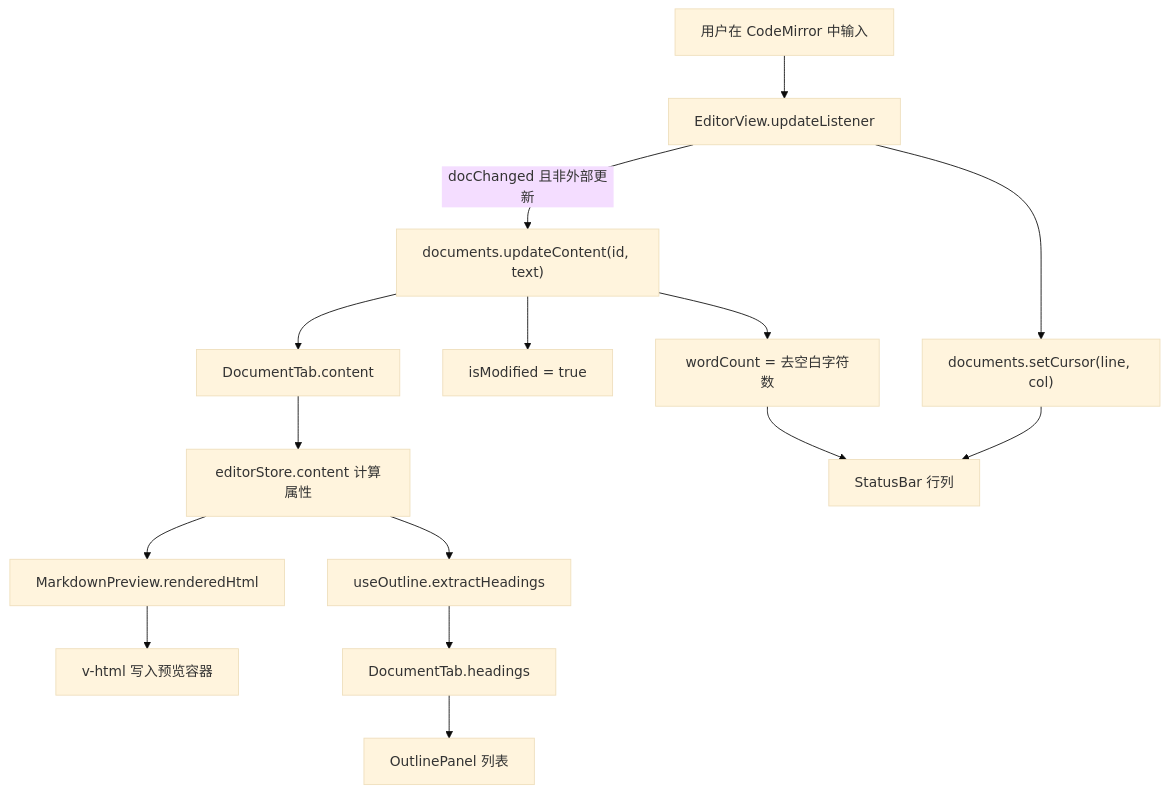
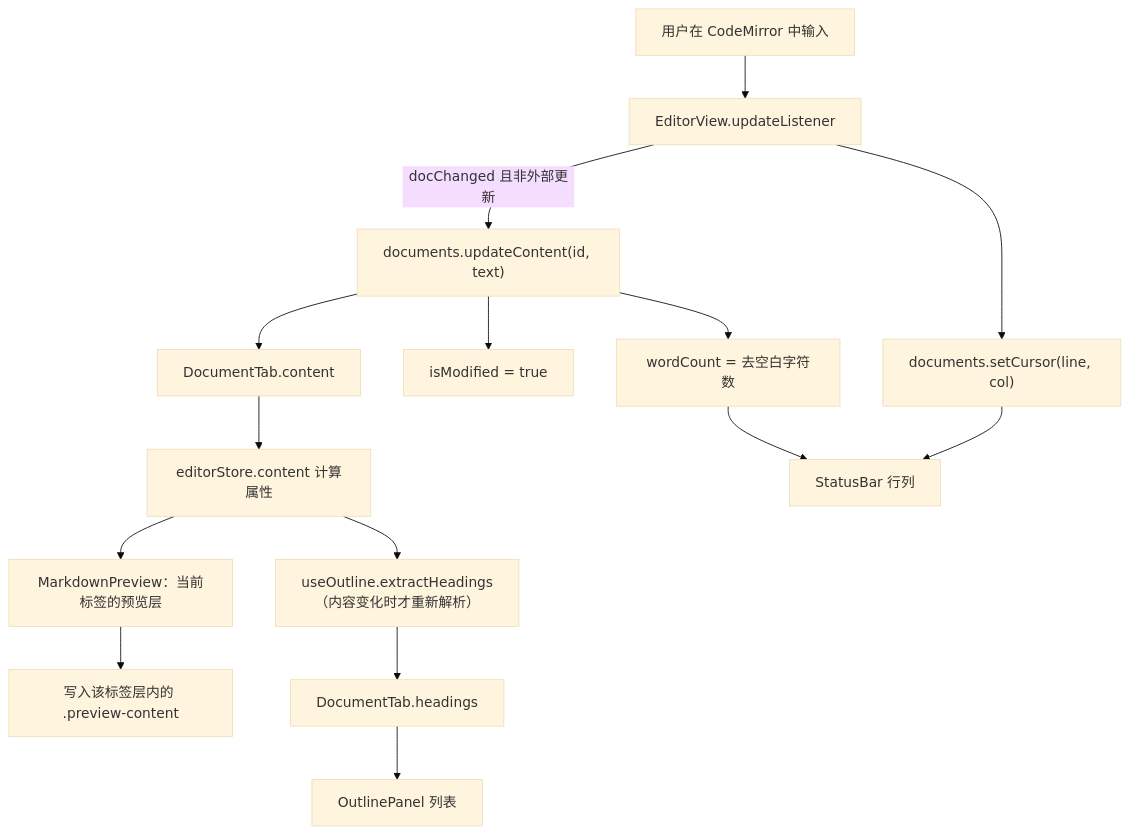
The second of 5 diagrams in docs/编辑器与预览.md (Harley-xk/mark-it), drawn with Mermaid (base theme) before and after one commit. The commit also changed other lines of this file and 11 other files, not shown here.

````diff
--- a/docs/编辑器与预览.md
+++ b/docs/编辑器与预览.md
@@ -125,17 +125,17 @@
 ```mermaid
 flowchart TD
   IN["用户在 CodeMirror 中输入"] --> UL["EditorView.updateListener"]
   UL -->|"docChanged 且非外部更新"| UC["documents.updateContent(id, text)"]
   UC --> DOC["DocumentTab.content"]
   UC --> MOD["isModified = true"]
   UC --> WC["wordCount = 去空白字符数"]
   DOC --> EC["editorStore.content 计算属性"]
-  EC --> PV["MarkdownPreview.renderedHtml"]
-  EC --> OL["useOutline.extractHeadings"]
+  EC --> PV["MarkdownPreview：当前标签的预览层"]
+  EC --> OL["useOutline.extractHeadings（内容变化时才重新解析）"]
   OL --> HD["DocumentTab.headings"]
   HD --> OP["OutlinePanel 列表"]
   UL --> CUR["documents.setCursor(line, col)"]
   CUR --> SB["StatusBar 行列"]
   WC --> SB
-  PV --> VH["v-html 写入预览容器"]
+  PV --> VH["写入该标签层内的 .preview-content"]
 ```
````
